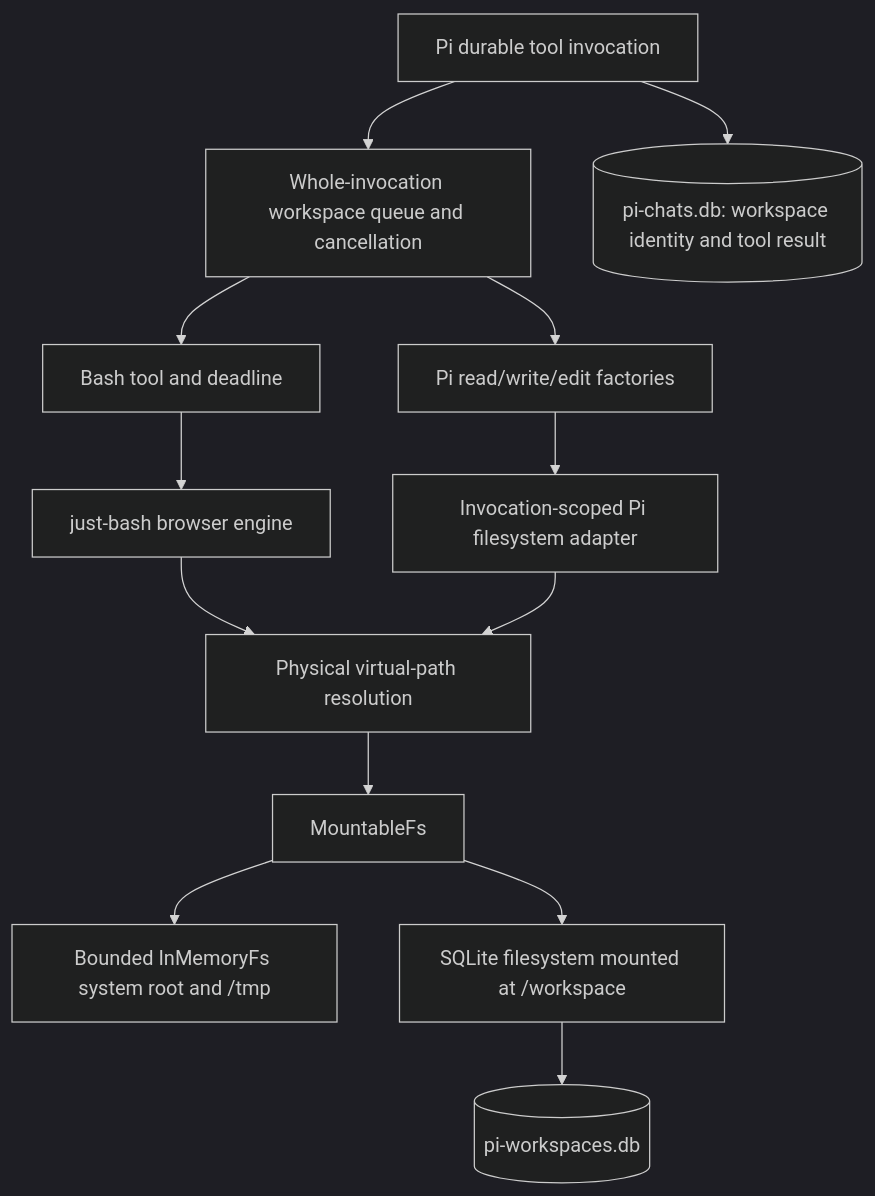
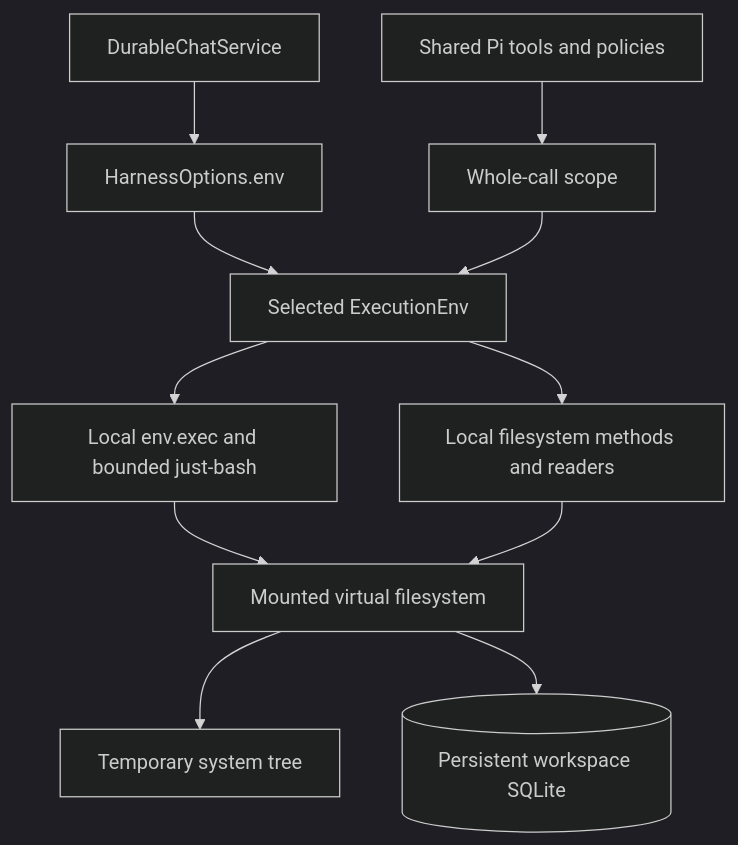
One commit to VikashLoomba/expo-pi changed the diagram in docs/bash-tool.md. Above: the diagram before and after it, drawn with Mermaid (dark theme). The commit also changed other lines of this file and 53 other files, not shown here.

````diff
--- a/docs/bash-tool.md
+++ b/docs/bash-tool.md
@@ -5,15 +5,13 @@
 ```mermaid
 flowchart TD
-  Pi[Pi durable tool invocation] --> Runtime[Whole-invocation workspace queue and cancellation]
-  Runtime --> Bash[Bash tool and deadline]
-  Runtime --> Tools[Pi read/write/edit factories]
-  Bash --> Engine[just-bash browser engine]
-  Tools --> Env[Invocation-scoped Pi filesystem adapter]
-  Engine --> Paths[Physical virtual-path resolution]
-  Env --> Paths
-  Paths --> Mount[MountableFs]
-  Mount --> System[Bounded InMemoryFs system root and /tmp]
-  Mount --> Files[SQLite filesystem mounted at /workspace]
-  Files --> DB[(pi-workspaces.db)]
-  Pi --> ChatDB[(pi-chats.db: workspace identity and tool result)]
+  Service[DurableChatService] --> Resolver[HarnessOptions.env]
+  Resolver --> Env[Selected ExecutionEnv]
+  Pi[Shared Pi tools and policies] --> Scope[Whole-call scope]
+  Scope --> Env
+  Env --> Shell[Local env.exec and bounded just-bash]
+  Env --> Files[Local filesystem methods and readers]
+  Shell --> Mount[Mounted virtual filesystem]
+  Files --> Mount
+  Mount --> System[Temporary system tree]
+  Mount --> DB[(Persistent workspace SQLite)]
 ```
````
